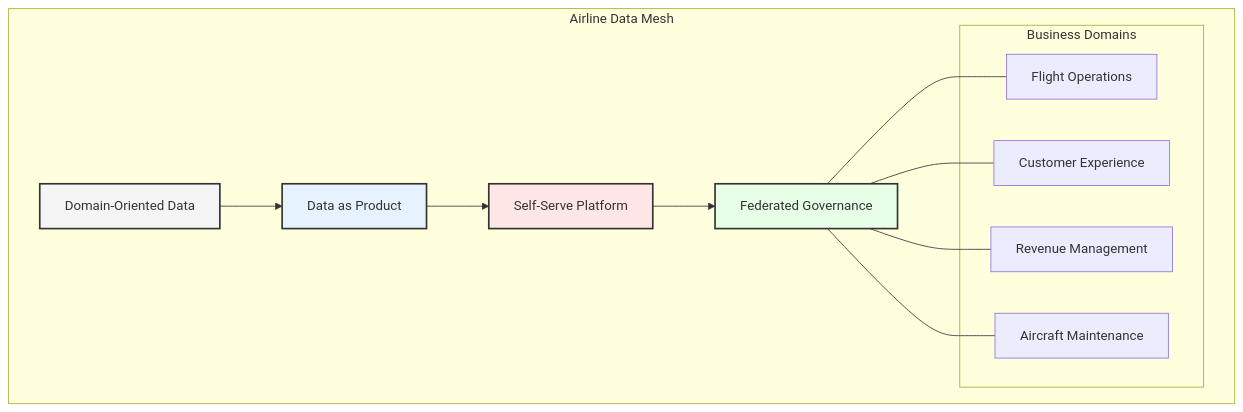
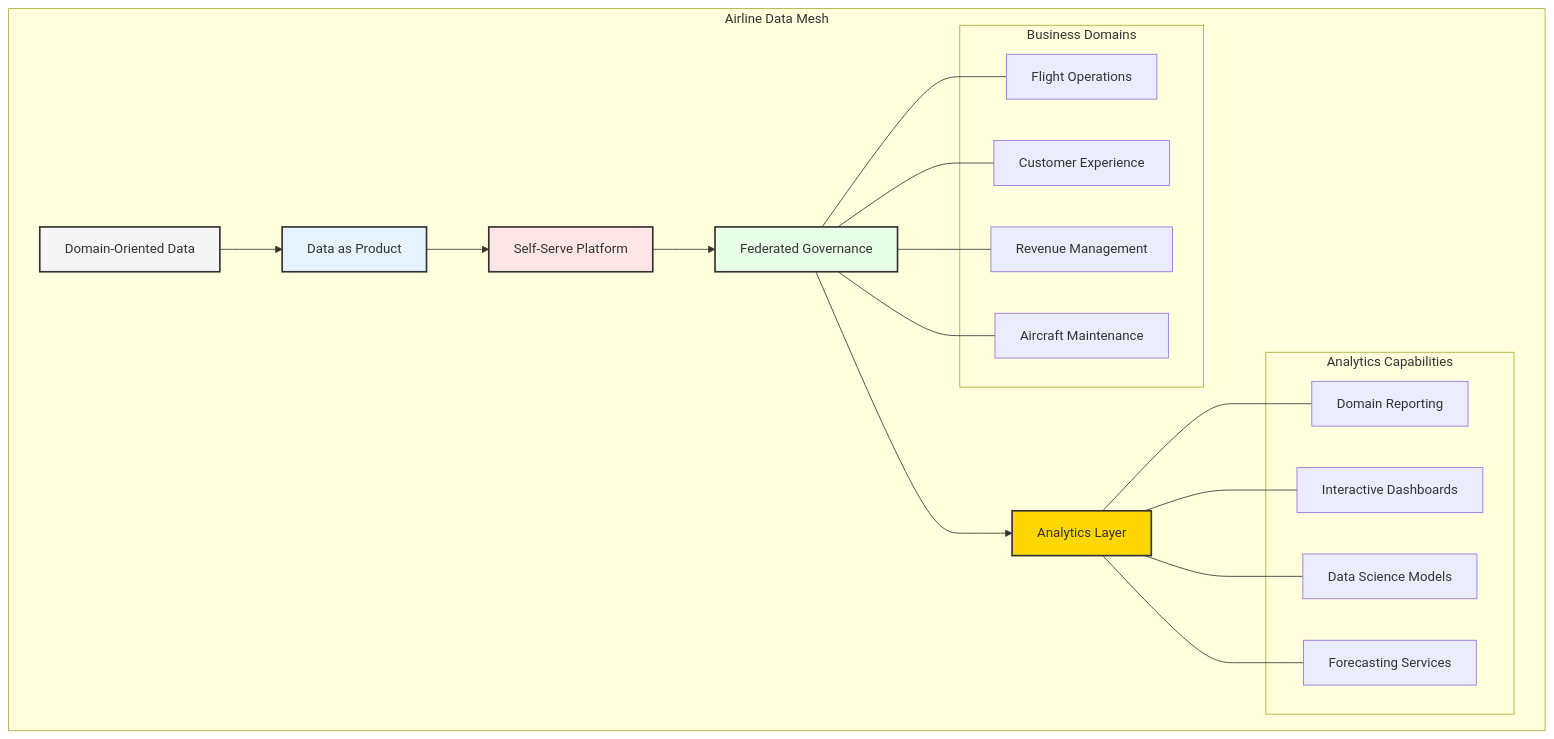
Before and after one commit to data-octo/agentic_ai_research: the second of 10 diagrams in enterprise_data_architecture/chapters/03_data_mesh.md, drawn with Mermaid. The commit also changed other lines of this file and 34 other files, not shown here.

Commit message:
v0.1.9 - include data analytics in mermaid

````diff
--- a/enterprise_data_architecture/chapters/03_data_mesh.md
+++ b/enterprise_data_architecture/chapters/03_data_mesh.md
@@ -52,25 +88,41 @@
 ```mermaid
 graph TB
     subgraph "Airline Data Mesh"
         A[Domain-Oriented Data] --> B[Data as Product]
         B --> C[Self-Serve Platform]
         C --> D[Federated Governance]
+        
+        %% Add Analytics layer
+        D --> I[Analytics Layer]
         
         subgraph "Business Domains"
             E[Flight Operations]
             F[Customer Experience]
             G[Revenue Management]
             H[Aircraft Maintenance]
         end
         
+        subgraph "Analytics Capabilities"
+            J[Domain Reporting]
+            K[Interactive Dashboards]
+            L[Data Science Models]
+            M[Forecasting Services]
+        end
+        
         D --- E
         D --- F
         D --- G
         D --- H
+        
+        I --- J
+        I --- K
+        I --- L
+        I --- M
     end
     
     style A fill:#f5f5f5,stroke:#333,stroke-width:2px
     style B fill:#e6f3ff,stroke:#333,stroke-width:2px
     style C fill:#ffe6e6,stroke:#333,stroke-width:2px
     style D fill:#e6ffe6,stroke:#333,stroke-width:2px
+    style I fill:#ffd700,stroke:#333,stroke-width:2px
 ```
````
